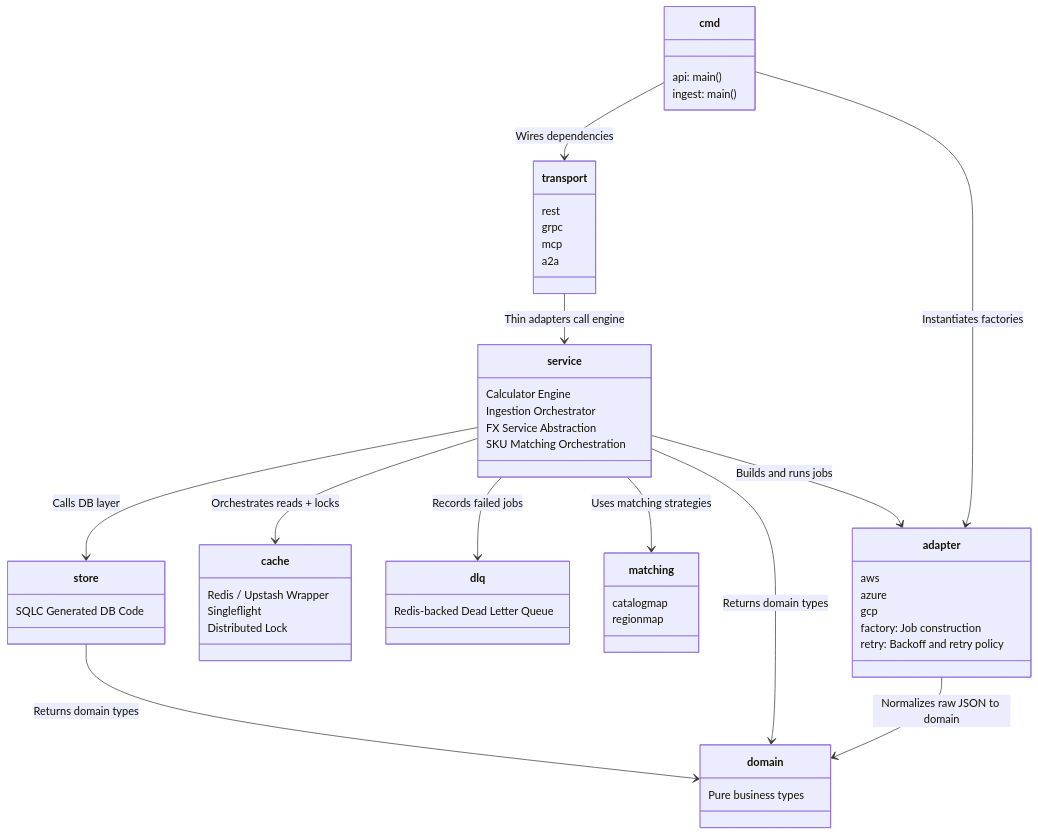
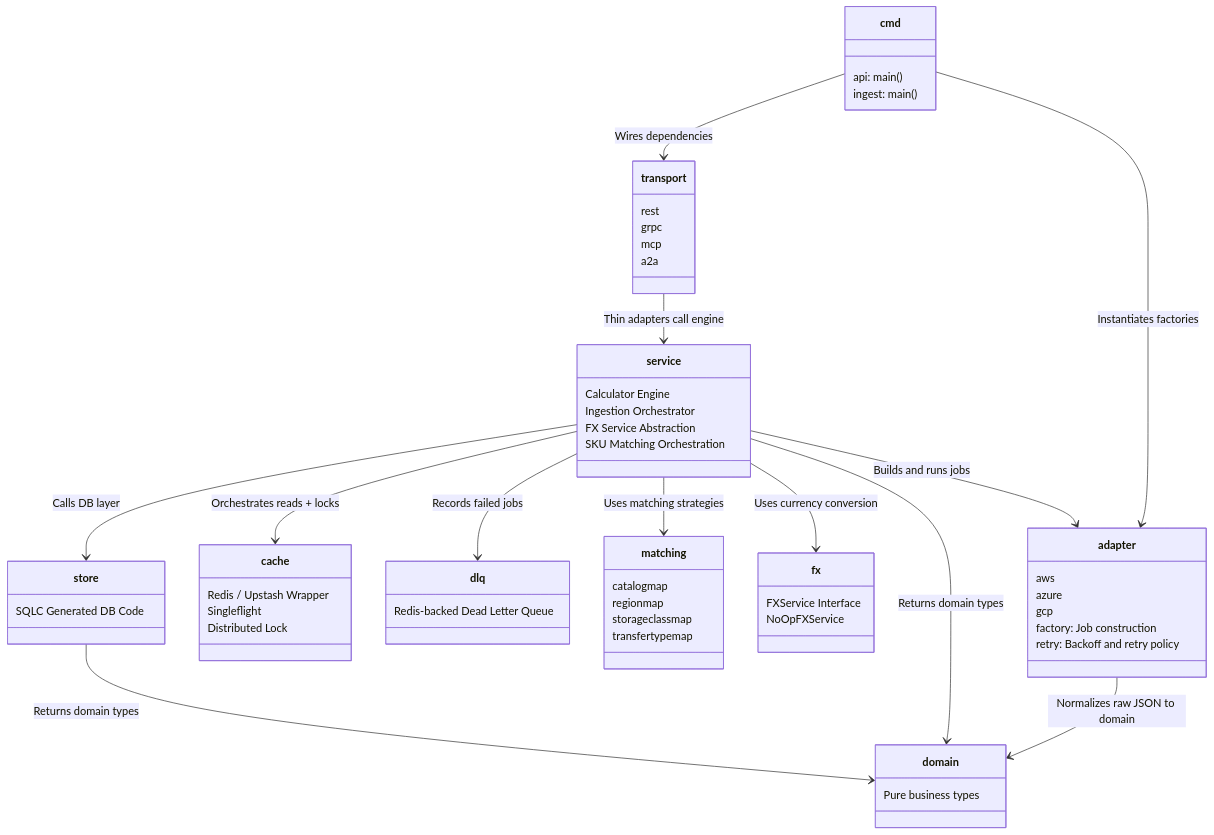
The diagram in docs/diagrams/06-package-structure.md (thatengineerguy21/cloudvitta), drawn with Mermaid before and after one commit. The commit also changed 12 other files, not shown here.

````diff
--- a/docs/diagrams/06-package-structure.md
+++ b/docs/diagrams/06-package-structure.md
@@ -3,68 +3,76 @@
 ```mermaid
 classDiagram
     class cmd {
         api: main()
         ingest: main()
     }
     
     class transport {
         rest
         grpc
         mcp
         a2a
     }
 
     class service {
         Calculator Engine
         Ingestion Orchestrator
         FX Service Abstraction
         SKU Matching Orchestration
     }
 
     class domain {
         Pure business types
     }
 
     class adapter {
         aws
         azure
         gcp
         factory: Job construction
         retry: Backoff and retry policy
     }
 
     class store {
         SQLC Generated DB Code
     }
 
     class cache {
         Redis / Upstash Wrapper
         Singleflight
         Distributed Lock
     }
 
     class dlq {
         Redis-backed Dead Letter Queue
     }
 
     class matching {
         catalogmap
         regionmap
+        storageclassmap
+        transfertypemap
+    }
+
+    class fx {
+        FXService Interface
+        NoOpFXService
     }
 
     cmd --> transport : Wires dependencies
     cmd --> adapter : Instantiates factories
     
     transport --> service : Thin adapters call engine
     
     service --> store : Calls DB layer
     service --> cache : Orchestrates reads + locks
     service --> dlq : Records failed jobs
     service --> matching : Uses matching strategies
+    service --> fx : Uses currency conversion
     service --> domain : Returns domain types
     service --> adapter : Builds and runs jobs
     
     adapter --> domain : Normalizes raw JSON to domain
     
     store --> domain : Returns domain types
 ```
````
